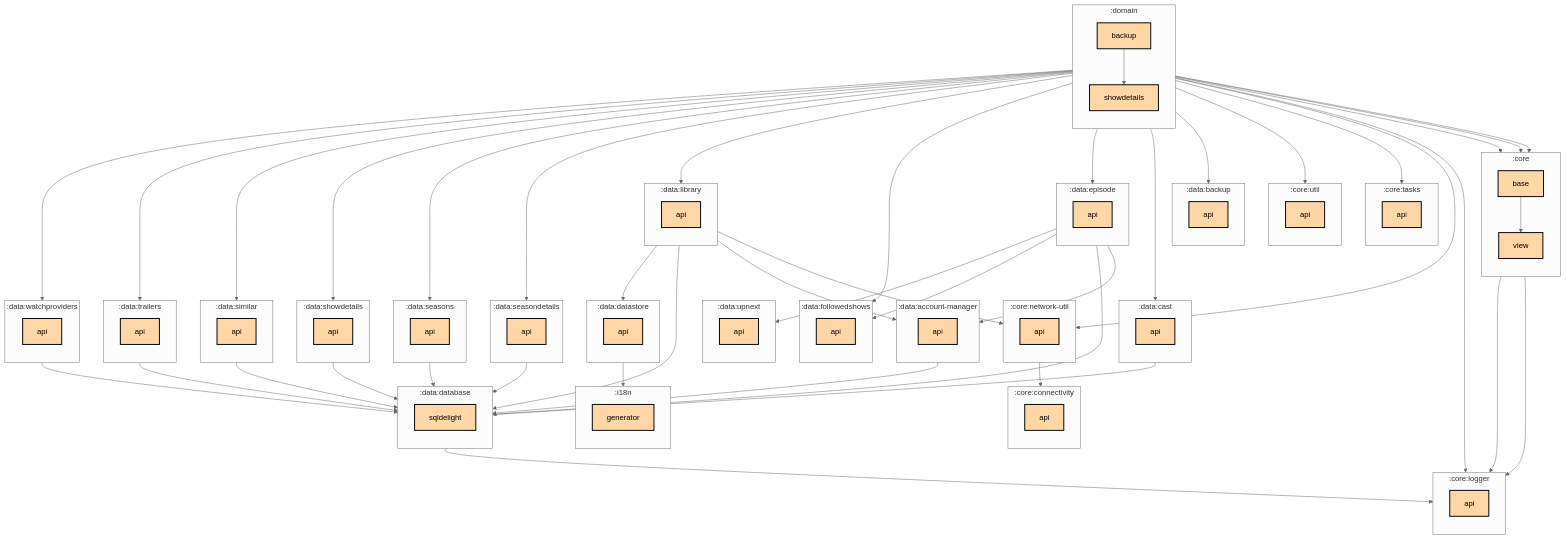
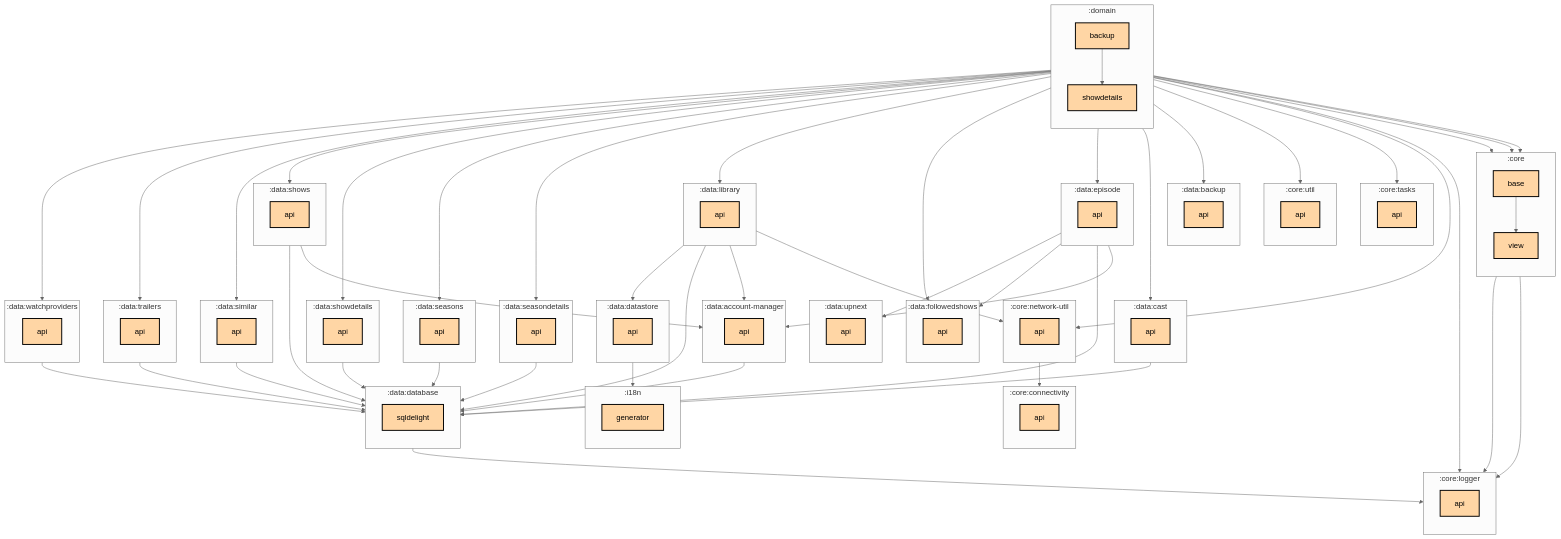
The first of 2 diagrams in domain/backup/README.md (thomaskioko/tv-maniac), drawn with Mermaid (neutral theme) before and after one commit. The commit also changed 9 other files, not shown here.

Commit message:
Update the generated module graphs

```diff
--- a/domain/backup/README.md
+++ b/domain/backup/README.md
@@ -74,6 +74,10 @@
     direction TB
     :data:showdetails:api[api]:::multiplatform
   end
+  subgraph :data:shows
+    direction TB
+    :data:shows:api[api]:::multiplatform
+  end
   subgraph :data:similar
     direction TB
     :data:similar:api[api]:::multiplatform
@@ -119,6 +123,8 @@
   :data:seasondetails:api --> :data:database:sqldelight
   :data:seasons:api --> :data:database:sqldelight
   :data:showdetails:api --> :data:database:sqldelight
+  :data:shows:api --> :data:account-manager:api
+  :data:shows:api --> :data:database:sqldelight
   :data:similar:api --> :data:database:sqldelight
   :data:trailers:api --> :data:database:sqldelight
   :data:watchproviders:api --> :data:database:sqldelight
@@ -128,6 +134,7 @@
   :domain:backup --> :core:tasks:api
   :domain:backup --> :core:view
   :domain:backup --> :data:backup:api
+  :domain:backup --> :data:shows:api
   :domain:backup --> :domain:showdetails
   :domain:showdetails --> :core:base
   :domain:showdetails --> :core:util:api
```
